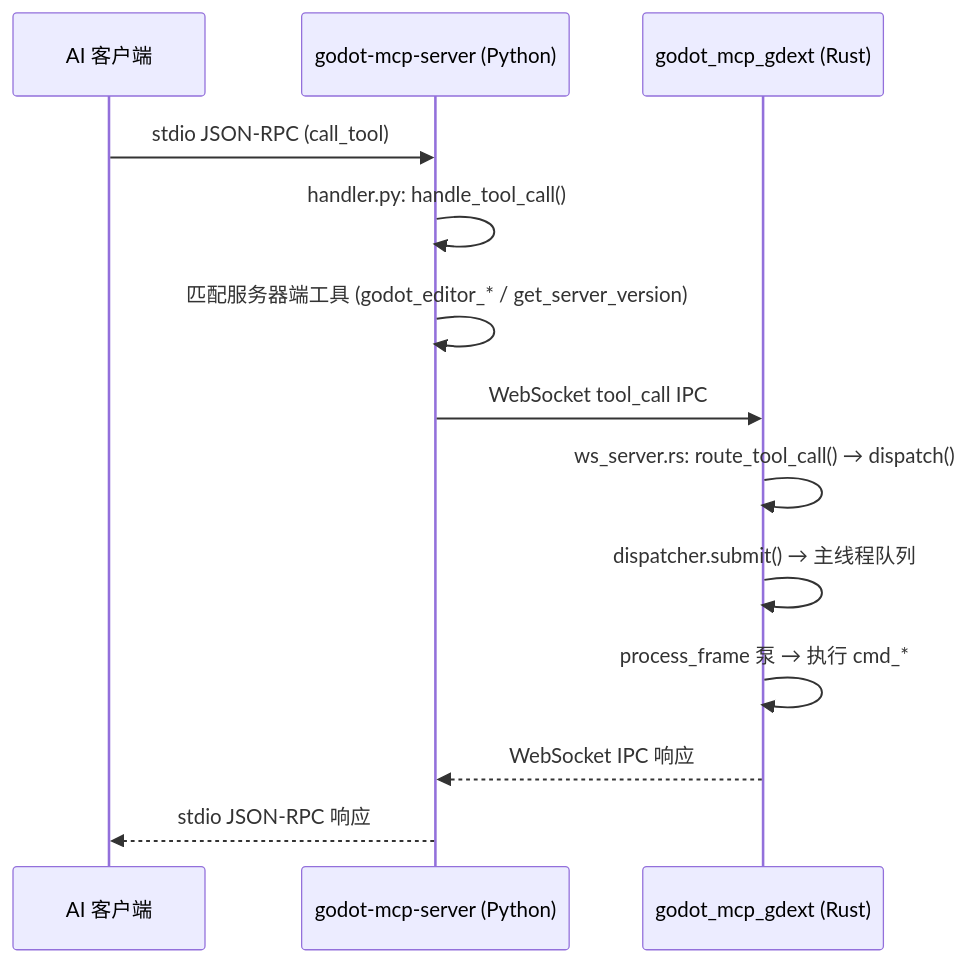
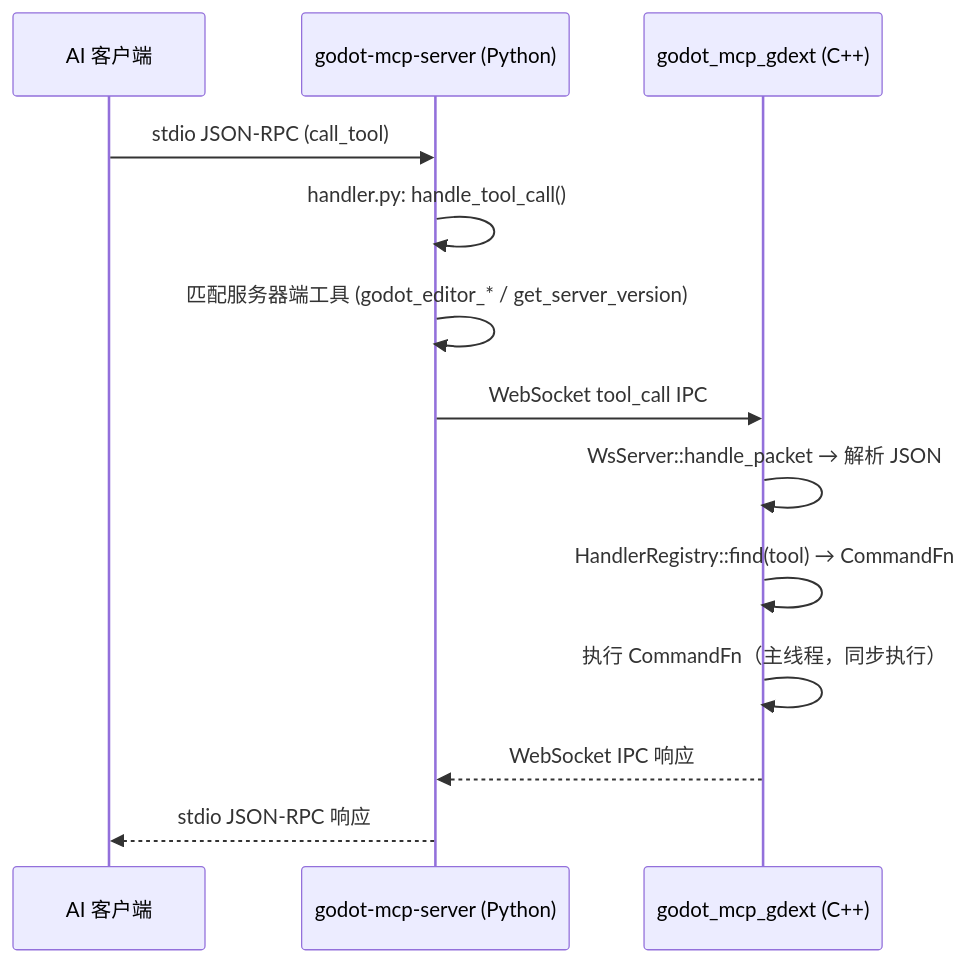
The diagram in .repo_wiki/overview/architecture.md (jesspig/GodotMCP-GDExtension), drawn with Mermaid before and after one commit. The commit also changed other lines of this file and 27 other files, not shown here.

````diff
--- a/.repo_wiki/overview/architecture.md
+++ b/.repo_wiki/overview/architecture.md
@@ -67,16 +72,16 @@
 ```mermaid
 sequenceDiagram
     participant AI as AI 客户端
     participant S as godot-mcp-server (Python)
-    participant G as godot_mcp_gdext (Rust)
+    participant G as godot_mcp_gdext (C++)
     
     AI->>S: stdio JSON-RPC (call_tool)
     S->>S: handler.py: handle_tool_call()
     S->>S: 匹配服务器端工具 (godot_editor_* / get_server_version)
     S->>G: WebSocket tool_call IPC
-    G->>G: ws_server.rs: route_tool_call() → dispatch()
-    G->>G: dispatcher.submit() → 主线程队列
-    G->>G: process_frame 泵 → 执行 cmd_*
+    G->>G: WsServer::handle_packet → 解析 JSON
+    G->>G: HandlerRegistry::find(tool) → CommandFn
+    G->>G: 执行 CommandFn（主线程，同步执行）
     G-->>S: WebSocket IPC 响应
     S-->>AI: stdio JSON-RPC 响应
 ```
````
